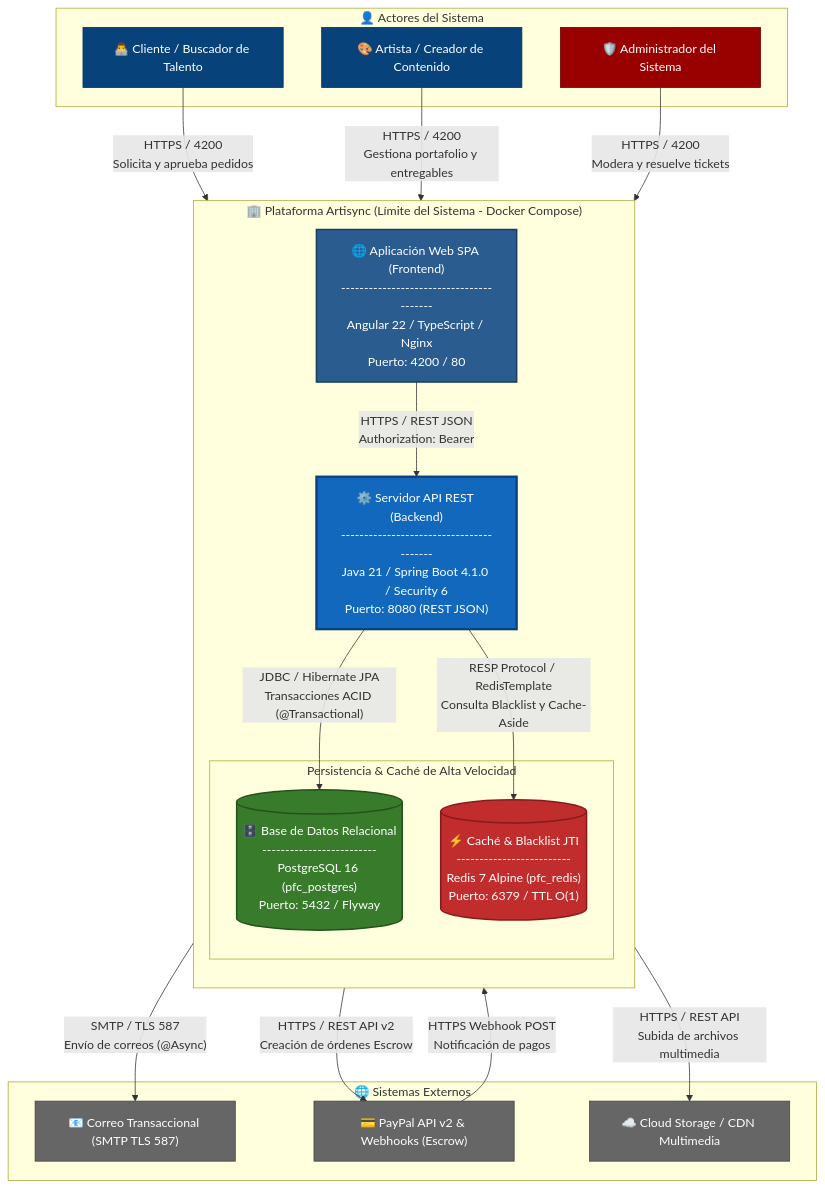
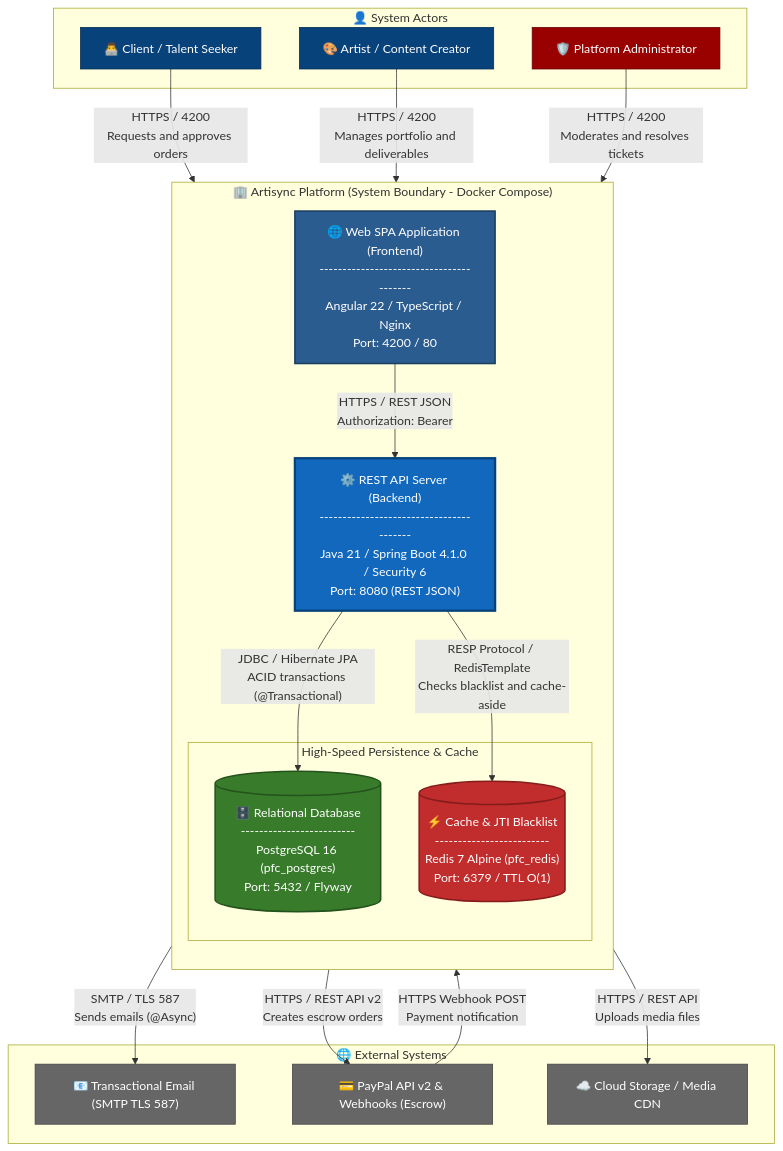
One commit to JohanCarvajal04/Proyecto-WEB-ARTISYNC changed the second of 2 diagrams in docs/diagramas/C4_Nivel2_Contenedores.md. Above: the diagram before and after it, drawn with Mermaid. The commit also changed 1 other file, not shown here.

Commit message:
docs(diagramas): traducir a inglés el diagrama de contenedores C4 nivel 2
Traduce las etiquetas de nodos y relaciones del bloque Mermaid en
C4_Nivel2_Contenedores.md (actores, frontend/backend, capa de datos,
sistemas externos) y regenera c4-nivel2-contenedores.png con el mismo
nombre de archivo, sin tocar las referencias en el capítulo de diseño
y arquitectura del informe final. Parte de OBS-TR-03.

````diff
--- a/docs/diagramas/C4_Nivel2_Contenedores.md
+++ b/docs/diagramas/C4_Nivel2_Contenedores.md
@@ -118,55 +118,55 @@
 ```mermaid
 flowchart TB
-    subgraph Users["👤 Actores del Sistema"]
-        C["👨‍💻 Cliente / Buscador de Talento"]
-        A["🎨 Artista / Creador de Contenido"]
-        ADM["🛡️ Administrador del Sistema"]
+    subgraph Users["👤 System Actors"]
+        C["👨‍💻 Client / Talent Seeker"]
+        A["🎨 Artist / Content Creator"]
+        ADM["🛡️ Platform Administrator"]
     end
 
-    subgraph Artisync["🏢 Plataforma Artisync (Límite del Sistema - Docker Compose)"]
+    subgraph Artisync["🏢 Artisync Platform (System Boundary - Docker Compose)"]
         direction TB
-        FE["🌐 Aplicación Web SPA (Frontend)<br>----------------------------------------<br>Angular 22 / TypeScript / Nginx<br>Puerto: 4200 / 80"]
+        FE["🌐 Web SPA Application (Frontend)<br>----------------------------------------<br>Angular 22 / TypeScript / Nginx<br>Port: 4200 / 80"]
         
-        BE["⚙️ Servidor API REST (Backend)<br>----------------------------------------<br>Java 21 / Spring Boot 4.1.0 / Security 6<br>Puerto: 8080 (REST JSON)"]
+        BE["⚙️ REST API Server (Backend)<br>----------------------------------------<br>Java 21 / Spring Boot 4.1.0 / Security 6<br>Port: 8080 (REST JSON)"]
         
-        subgraph DataTier["Persistencia & Caché de Alta Velocidad"]
-            DB[("🗄️ Base de Datos Relacional<br>-------------------------<br>PostgreSQL 16 (pfc_postgres)<br>Puerto: 5432 / Flyway")]
-            REDIS[("⚡ Caché & Blacklist JTI<br>-------------------------<br>Redis 7 Alpine (pfc_redis)<br>Puerto: 6379 / TTL O(1)")]
+        subgraph DataTier["High-Speed Persistence & Cache"]
+            DB[("🗄️ Relational Database<br>-------------------------<br>PostgreSQL 16 (pfc_postgres)<br>Port: 5432 / Flyway")]
+            REDIS[("⚡ Cache & JTI Blacklist<br>-------------------------<br>Redis 7 Alpine (pfc_redis)<br>Port: 6379 / TTL O(1)")]
         end
     end
 
-    subgraph External["🌐 Sistemas Externos"]
-        SMTP["📧 Correo Transaccional (SMTP TLS 587)"]
+    subgraph External["🌐 External Systems"]
+        SMTP["📧 Transactional Email (SMTP TLS 587)"]
         PAY["💳 PayPal API v2 & Webhooks (Escrow)"]
-        CLOUD["☁️ Cloud Storage / CDN Multimedia"]
+        CLOUD["☁️ Cloud Storage / Media CDN"]
     end
 
-    %% Relaciones Usuario -> Frontend
-    C -- "HTTPS / 4200<br>Solicita y aprueba pedidos" --> FE
-    A -- "HTTPS / 4200<br>Gestiona portafolio y entregables" --> FE
-    ADM -- "HTTPS / 4200<br>Modera y resuelve tickets" --> FE
+    %% User -> Frontend relationships
+    C -- "HTTPS / 4200<br>Requests and approves orders" --> FE
+    A -- "HTTPS / 4200<br>Manages portfolio and deliverables" --> FE
+    ADM -- "HTTPS / 4200<br>Moderates and resolves tickets" --> FE
 
-    %% Relación Frontend -> Backend
+    %% Frontend -> Backend relationship
     FE -- "HTTPS / REST JSON<br>Authorization: Bearer <JWT>" --> BE
 
-    %% Relaciones Backend -> Datos
-    BE -- "JDBC / Hibernate JPA<br>Transacciones ACID (@Transactional)" --> DB
-    BE -- "RESP Protocol / RedisTemplate<br>Consulta Blacklist y Cache-Aside" --> REDIS
+    %% Backend -> Data relationships
+    BE -- "JDBC / Hibernate JPA<br>ACID transactions (@Transactional)" --> DB
+    BE -- "RESP Protocol / RedisTemplate<br>Checks blacklist and cache-aside" --> REDIS
 
-    %% Relaciones Backend -> Externos
-    BE -- "SMTP / TLS 587<br>Envío de correos (@Async)" --> SMTP
-    BE -- "HTTPS / REST API v2<br>Creación de órdenes Escrow" --> PAY
-    PAY -- "HTTPS Webhook POST<br>Notificación de pagos" --> BE
-    BE -- "HTTPS / REST API<br>Subida de archivos multimedia" --> CLOUD
+    %% Backend -> External relationships
+    BE -- "SMTP / TLS 587<br>Sends emails (@Async)" --> SMTP
+    BE -- "HTTPS / REST API v2<br>Creates escrow orders" --> PAY
+    PAY -- "HTTPS Webhook POST<br>Payment notification" --> BE
+    BE -- "HTTPS / REST API<br>Uploads media files" --> CLOUD
 
     style FE fill:#2b5c8f,stroke:#1b3d5f,stroke-width:2px,color:#fff
     style BE fill:#1168bd,stroke:#08427b,stroke-width:3px,color:#fff
     style DB fill:#387c2b,stroke:#24521c,stroke-width:2px,color:#fff
     style REDIS fill:#c12c2c,stroke:#851c1c,stroke-width:2px,color:#fff
     style C fill:#08427b,stroke:#052b52,color:#fff
     style A fill:#08427b,stroke:#052b52,color:#fff
     style ADM fill:#990000,stroke:#660000,color:#fff
     style SMTP fill:#666,stroke:#444,color:#fff
     style PAY fill:#666,stroke:#444,color:#fff
     style CLOUD fill:#666,stroke:#444,color:#fff
 ```
````
